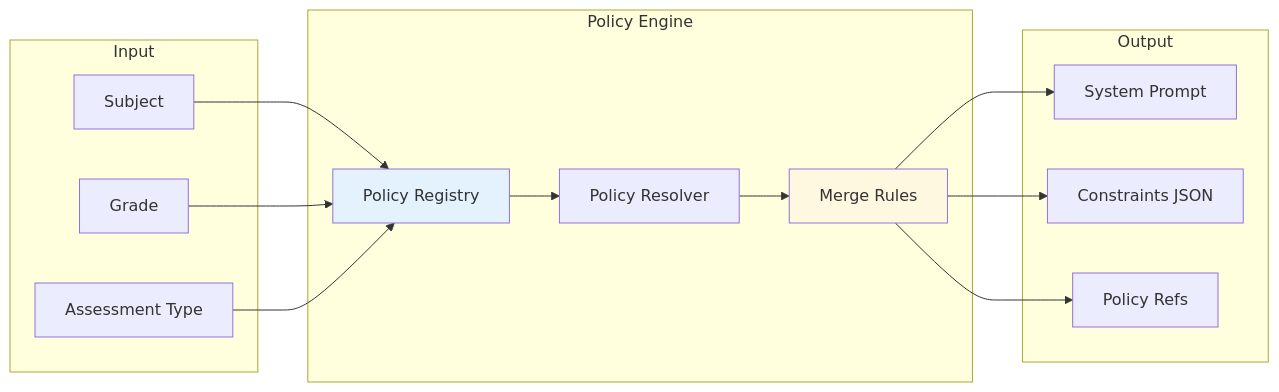
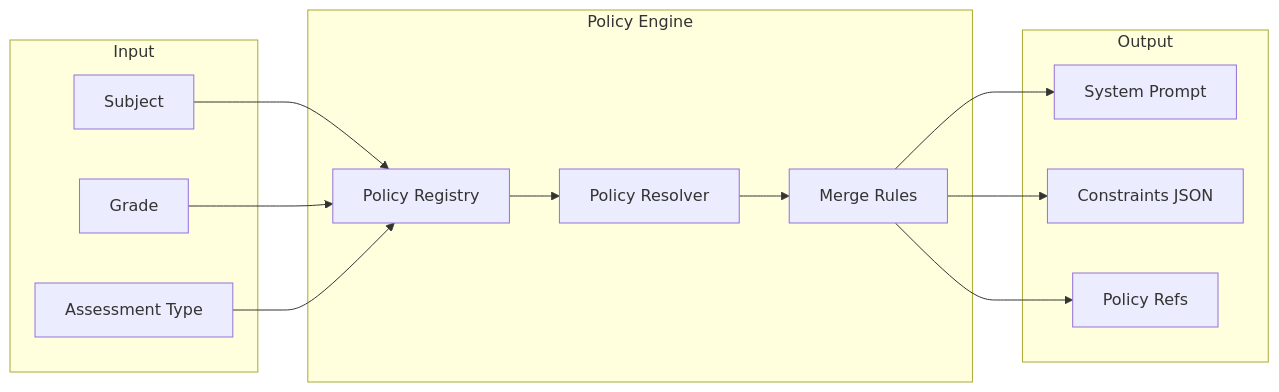
One commit to LongNgn204/taodeonline changed the second of 4 diagrams in README.md. Above: the diagram before and after it, drawn with Mermaid. The commit also changed other lines of this file, not shown here.

````diff
--- a/README.md
+++ b/README.md
@@ -120,32 +118,29 @@
 ```mermaid
 flowchart LR
     subgraph Input
         A[Subject] 
         B[Grade]
         C[Assessment Type]
     end
     
     subgraph Policy Engine
         D[Policy Registry]
         E[Policy Resolver]
         F[Merge Rules]
     end
     
     subgraph Output
         G[System Prompt]
         H[Constraints JSON]
         I[Policy Refs]
     end
     
     A --> D
     B --> D
     C --> D
     D --> E
     E --> F
     F --> G
     F --> H
     F --> I
-    
-    style D fill:#e3f2fd
-    style F fill:#fff8e1
 ```
````
